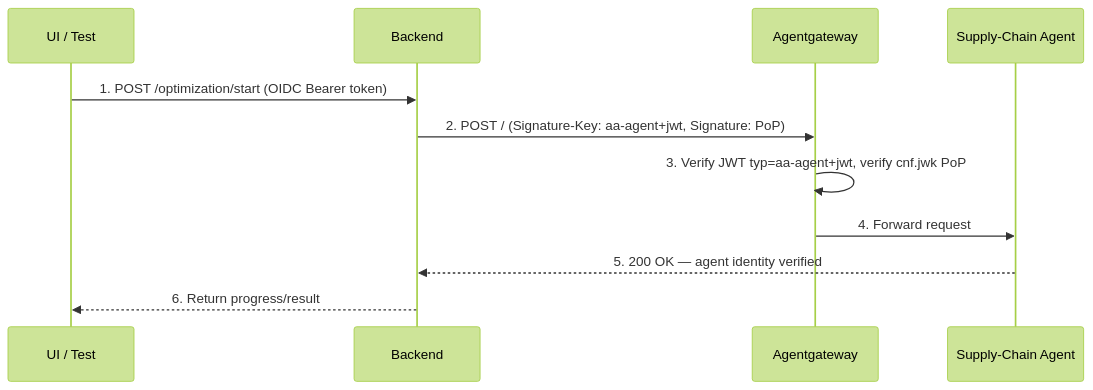
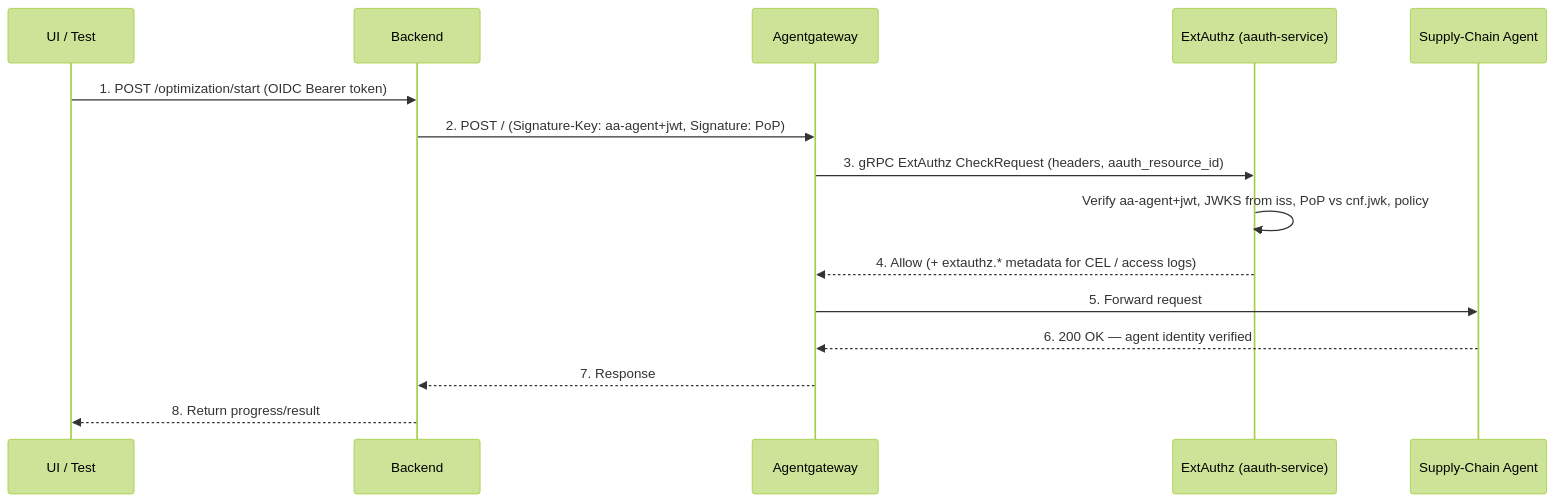
One commit to christian-posta/aauth-full-demo changed the diagram in docs/agent-identity-jwks.md. Above: the diagram before and after it, drawn with Mermaid (forest theme). The commit also changed other lines of this file and 88 other files, not shown here.

````diff
--- a/docs/agent-identity-jwks.md
+++ b/docs/agent-identity-jwks.md
@@ -150,14 +157,18 @@
 ```mermaid
 sequenceDiagram
   participant UI as UI / Test
   participant BE as Backend
   participant AGW as Agentgateway
+  participant EA as ExtAuthz (aauth-service)
   participant SCA as Supply-Chain Agent
 
   UI->>BE: 1. POST /optimization/start (OIDC Bearer token)
   BE->>AGW: 2. POST / (Signature-Key: aa-agent+jwt, Signature: PoP)
-  AGW->>AGW: 3. Verify JWT typ=aa-agent+jwt, verify cnf.jwk PoP
-  AGW->>SCA: 4. Forward request
-  SCA-->>BE: 5. 200 OK — agent identity verified
-  BE-->>UI: 6. Return progress/result
+  AGW->>EA: 3. gRPC ExtAuthz CheckRequest (headers, aauth_resource_id)
+  EA->>EA: Verify aa-agent+jwt, JWKS from iss, PoP vs cnf.jwk, policy
+  EA-->>AGW: 4. Allow (+ extauthz.* metadata for CEL / access logs)
+  AGW->>SCA: 5. Forward request
+  SCA-->>AGW: 6. 200 OK — agent identity verified
+  AGW-->>BE: 7. Response
+  BE-->>UI: 8. Return progress/result
 ```
````
